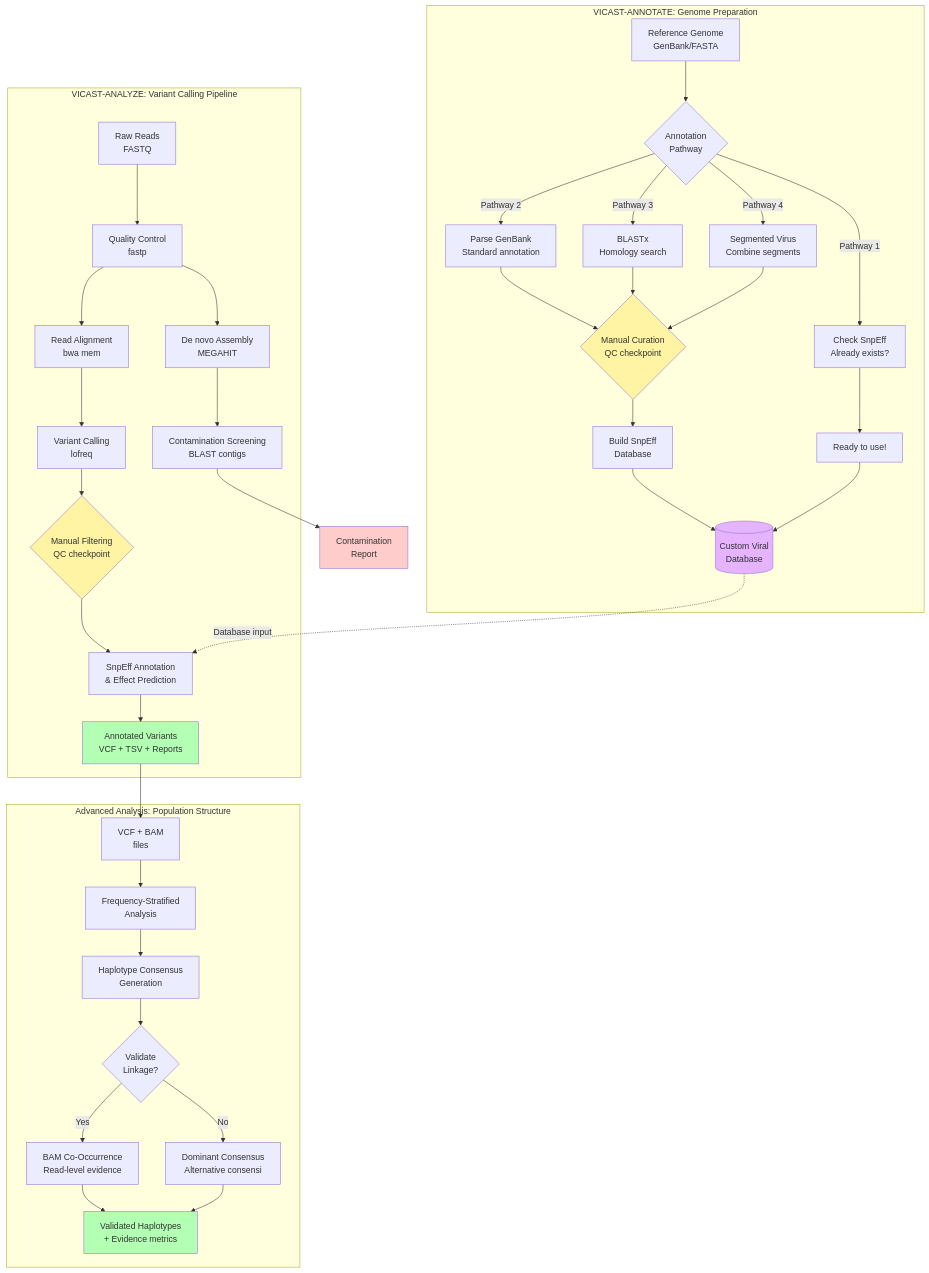
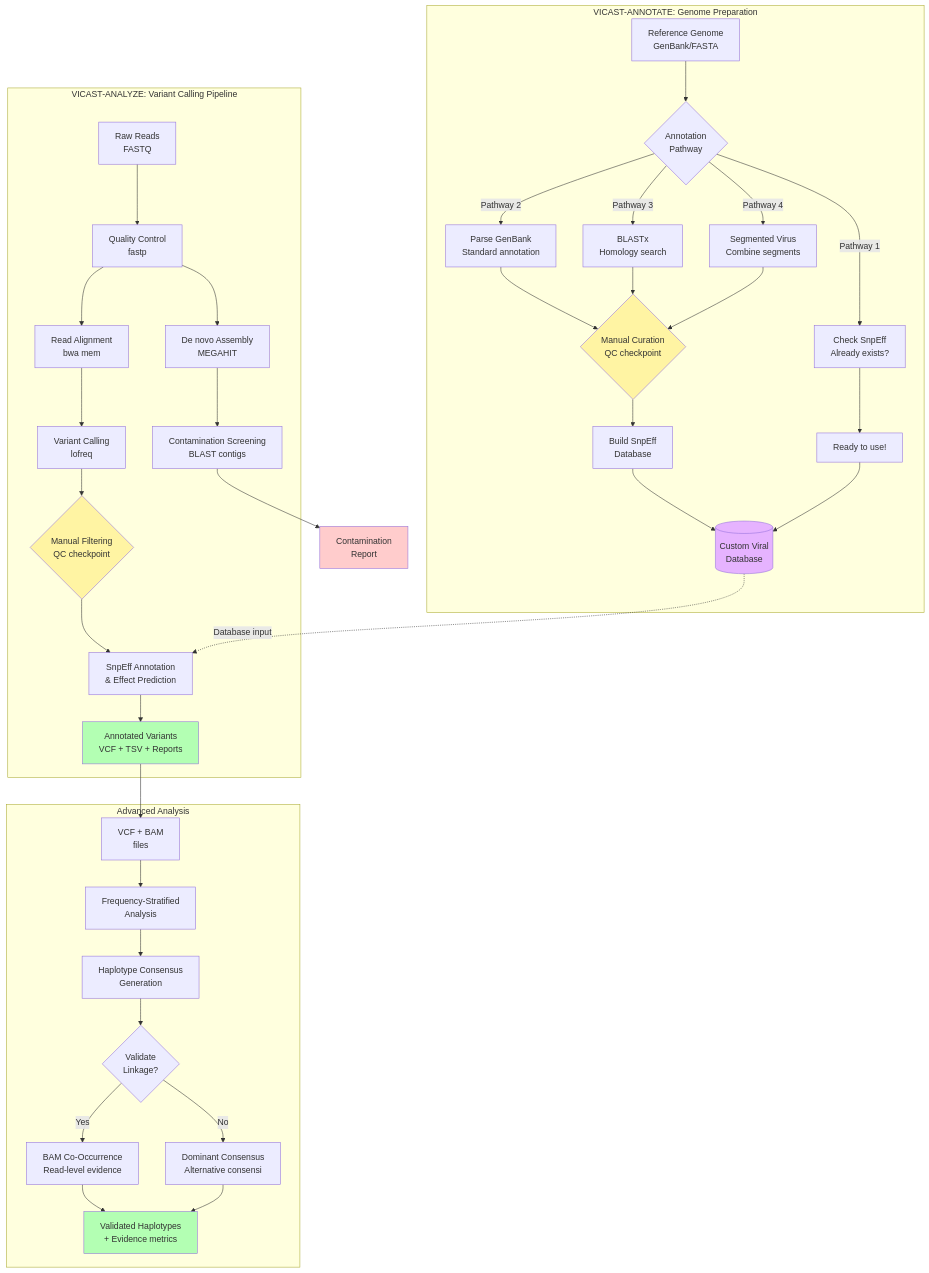
Before and after one commit to mihinduk/VICAST: the diagram in docs/user_guides/README.md, drawn with Mermaid.

Commit message:
Fix Mermaid diagram rendering: shorten subgraph title to prevent text overlap

````diff
--- a/docs/user_guides/README.md
+++ b/docs/user_guides/README.md
@@ -16,50 +16,50 @@
 ```mermaid
 flowchart TB
     subgraph "VICAST-ANNOTATE: Genome Preparation"
         A1[Reference Genome<br/>GenBank/FASTA] --> A2{Annotation<br/>Pathway}
         A2 -->|Pathway 1| A3[Check SnpEff<br/>Already exists?]
         A2 -->|Pathway 2| A4[Parse GenBank<br/>Standard annotation]
         A2 -->|Pathway 3| A5[BLASTx<br/>Homology search]
         A2 -->|Pathway 4| A6[Segmented Virus<br/>Combine segments]
 
         A3 --> A7[Ready to use!]
         A4 --> A8{Manual Curation<br/>QC checkpoint}
         A5 --> A8
         A6 --> A8
         A8 --> A9[Build SnpEff<br/>Database]
         A9 --> A10[(Custom Viral<br/>Database)]
         A7 --> A10
     end
 
     subgraph "VICAST-ANALYZE: Variant Calling Pipeline"
         B1[Raw Reads<br/>FASTQ] --> B2[Quality Control<br/>fastp]
         B2 --> B3[Read Alignment<br/>bwa mem]
         B2 --> B4[De novo Assembly<br/>MEGAHIT]
         B4 --> B5[Contamination Screening<br/>BLAST contigs]
         B3 --> B6[Variant Calling<br/>lofreq]
         B6 --> B7{Manual Filtering<br/>QC checkpoint}
         B7 --> B8[SnpEff Annotation<br/>& Effect Prediction]
         A10 -.Database input.-> B8
         B8 --> B9[Annotated Variants<br/>VCF + TSV + Reports]
     end
 
-    subgraph "Advanced Analysis: Population Structure"
+    subgraph "Advanced Analysis"
         C1[VCF + BAM<br/>files] --> C2[Frequency-Stratified<br/>Analysis]
         C2 --> C3[Haplotype Consensus<br/>Generation]
         C3 --> C4{Validate<br/>Linkage?}
         C4 -->|Yes| C5[BAM Co-Occurrence<br/>Read-level evidence]
         C4 -->|No| C6[Dominant Consensus<br/>Alternative consensi]
         C5 --> C7[Validated Haplotypes<br/>+ Evidence metrics]
         C6 --> C7
     end
 
     B9 --> C1
     B5 --> C8[Contamination<br/>Report]
 
     style A8 fill:#fff4a3
     style B7 fill:#fff4a3
     style A10 fill:#e6b3ff
     style C8 fill:#ffcccc
     style C7 fill:#b3ffb3
     style B9 fill:#b3ffb3
 ```
````
